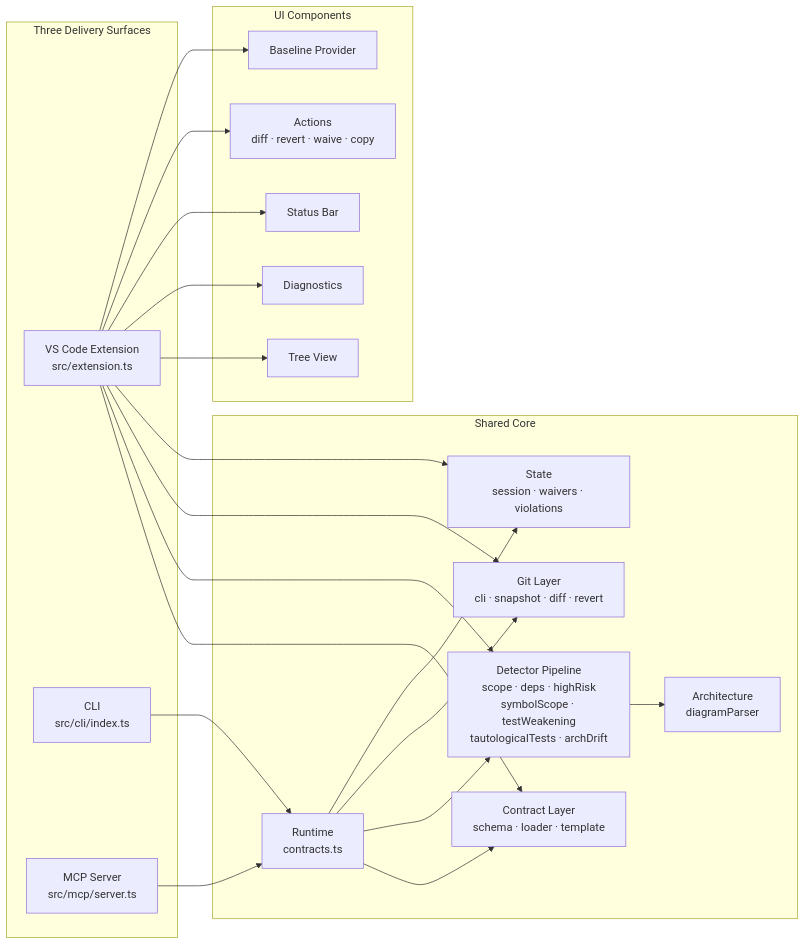
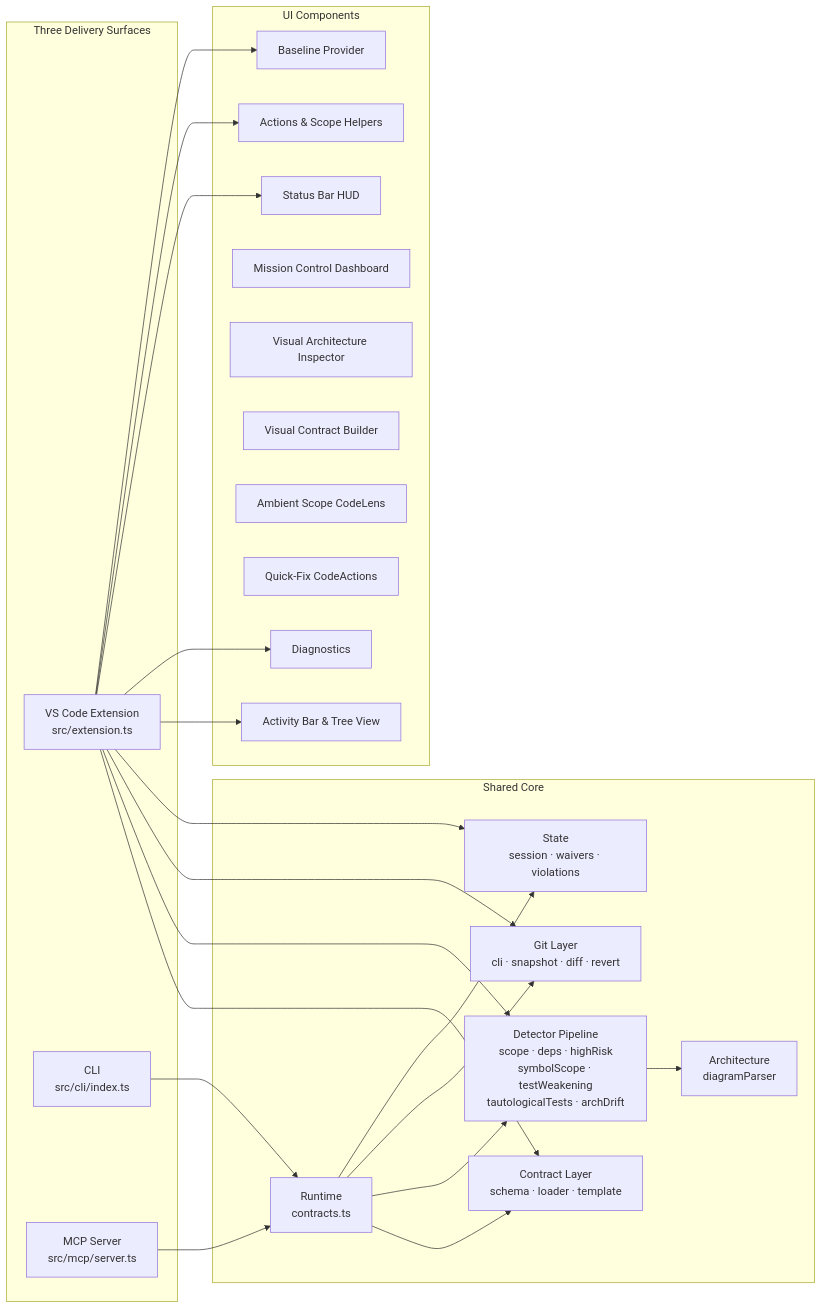
The first of 2 diagrams in project_analysis.md (anilkumar4/intent-contract-vs-ext), drawn with Mermaid before and after one commit. The commit also changed other lines of this file and 4 other files, not shown here.

````diff
--- a/project_analysis.md
+++ b/project_analysis.md
@@ -14,38 +14,43 @@
 ```mermaid
 flowchart LR
   subgraph "Three Delivery Surfaces"
     EXT["VS Code Extension<br/>src/extension.ts"]
     CLI["CLI<br/>src/cli/index.ts"]
     MCP["MCP Server<br/>src/mcp/server.ts"]
   end
 
   subgraph "Shared Core"
     CONTRACT["Contract Layer<br/>schema · loader · template"]
     DETECTORS["Detector Pipeline<br/>scope · deps · highRisk<br/>symbolScope · testWeakening<br/>tautologicalTests · archDrift"]
     GIT["Git Layer<br/>cli · snapshot · diff · revert"]
     RUNTIME["Runtime<br/>contracts.ts"]
     STATE["State<br/>session · waivers · violations"]
     ARCH["Architecture<br/>diagramParser"]
   end
 
   subgraph "UI Components"
-    TREE["Tree View"]
+    TREE["Activity Bar & Tree View"]
     DIAG["Diagnostics"]
-    SB["Status Bar"]
-    ACTIONS["Actions<br/>diff · revert · waive · copy"]
+    SB["Status Bar HUD"]
+    DASH["Mission Control Dashboard"]
+    ARCH_UI["Visual Architecture Inspector"]
+    BUILDER["Visual Contract Builder"]
+    CODELENS["Ambient Scope CodeLens"]
+    QUICKFIX["Quick-Fix CodeActions"]
+    ACTIONS["Actions & Scope Helpers"]
     BASELINE["Baseline Provider"]
   end
 
   EXT --> CONTRACT
   EXT --> DETECTORS
   EXT --> GIT
   EXT --> STATE
   CLI --> RUNTIME
   MCP --> RUNTIME
   RUNTIME --> CONTRACT
   RUNTIME --> DETECTORS
   RUNTIME --> GIT
   RUNTIME --> STATE
   DETECTORS --> ARCH
   EXT --> TREE & DIAG & SB & ACTIONS & BASELINE
 ```
````
